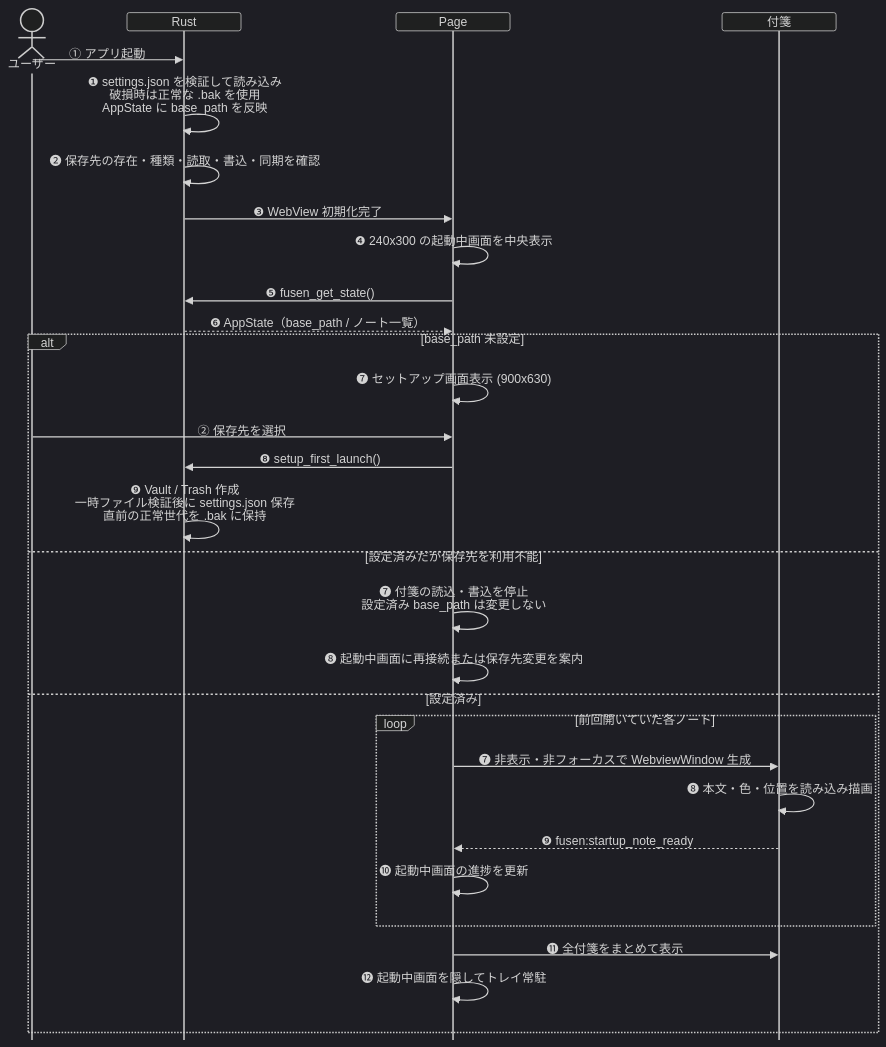
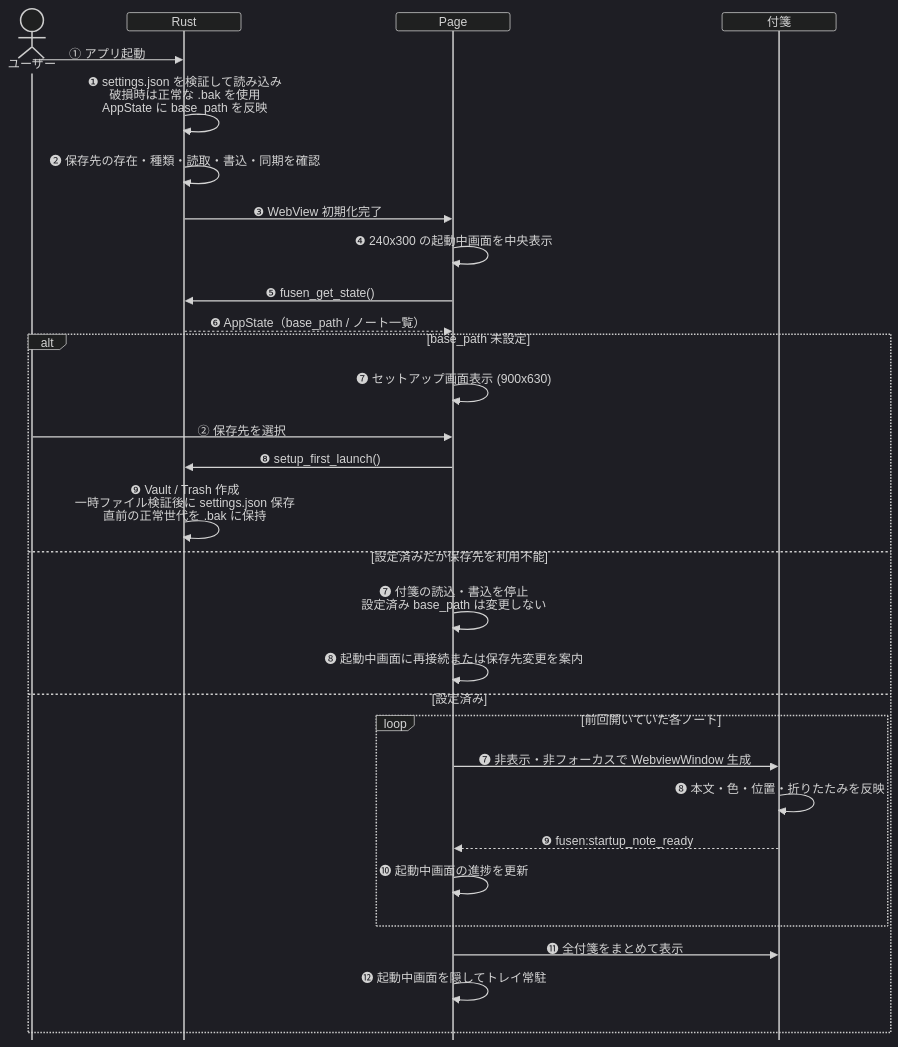
One commit to ore-no-fusen/ore-no-fusen changed the fifth of 16 diagrams in docs-v2/002_PC.md. Above: the diagram before and after it, drawn with Mermaid (dark theme). The commit also changed other lines of this file and 5 other files, not shown here.

````diff
--- a/docs-v2/002_PC.md
+++ b/docs-v2/002_PC.md
@@ -434,35 +434,35 @@
 ```mermaid
 %%{init: {'sequence': {'messageMargin': 8, 'mirrorActors': false, 'height': 24, 'boxMargin': 4, 'noteMargin': 6}}}%%
 sequenceDiagram
     actor U as ユーザー
     participant R as Rust
     participant P as Page
     participant W as 付箋
 
     U->>R: ① アプリ起動
     R->>R: ❶ settings.json を検証して読み込み<br>破損時は正常な .bak を使用<br>AppState に base_path を反映
     R->>R: ❷ 保存先の存在・種類・読取・書込・同期を確認
     R->>P: ❸ WebView 初期化完了
     P->>P: ❹ 240x300 の起動中画面を中央表示
     P->>R: ❺ fusen_get_state()
     R-->>P: ❻ AppState（base_path / ノート一覧）
 
     alt base_path 未設定
         P->>P: ❼ セットアップ画面表示 (900x630)
         U->>P: ② 保存先を選択
         P->>R: ❽ setup_first_launch()
         R->>R: ❾ Vault / Trash 作成<br>一時ファイル検証後に settings.json 保存<br>直前の正常世代を .bak に保持
     else 設定済みだが保存先を利用不能
         P->>P: ❼ 付箋の読込・書込を停止<br>設定済み base_path は変更しない
         P->>P: ❽ 起動中画面に再接続または保存先変更を案内
     else 設定済み
         loop 前回開いていた各ノート
             P->>W: ❼ 非表示・非フォーカスで WebviewWindow 生成
-            W->>W: ❽ 本文・色・位置を読み込み描画
+            W->>W: ❽ 本文・色・位置・折りたたみを反映
             W-->>P: ❾ fusen:startup_note_ready
             P->>P: ❿ 起動中画面の進捗を更新
         end
         P->>W: ⓫ 全付箋をまとめて表示
         P->>P: ⓬ 起動中画面を隠してトレイ常駐
     end
 ```
````
